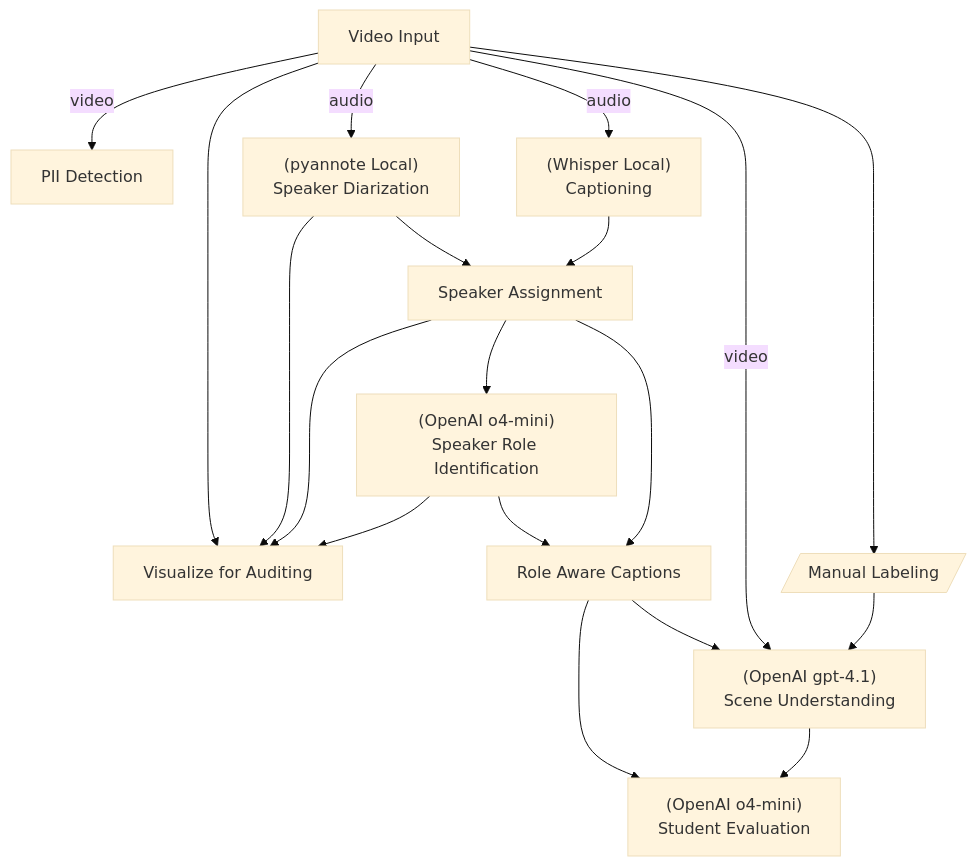
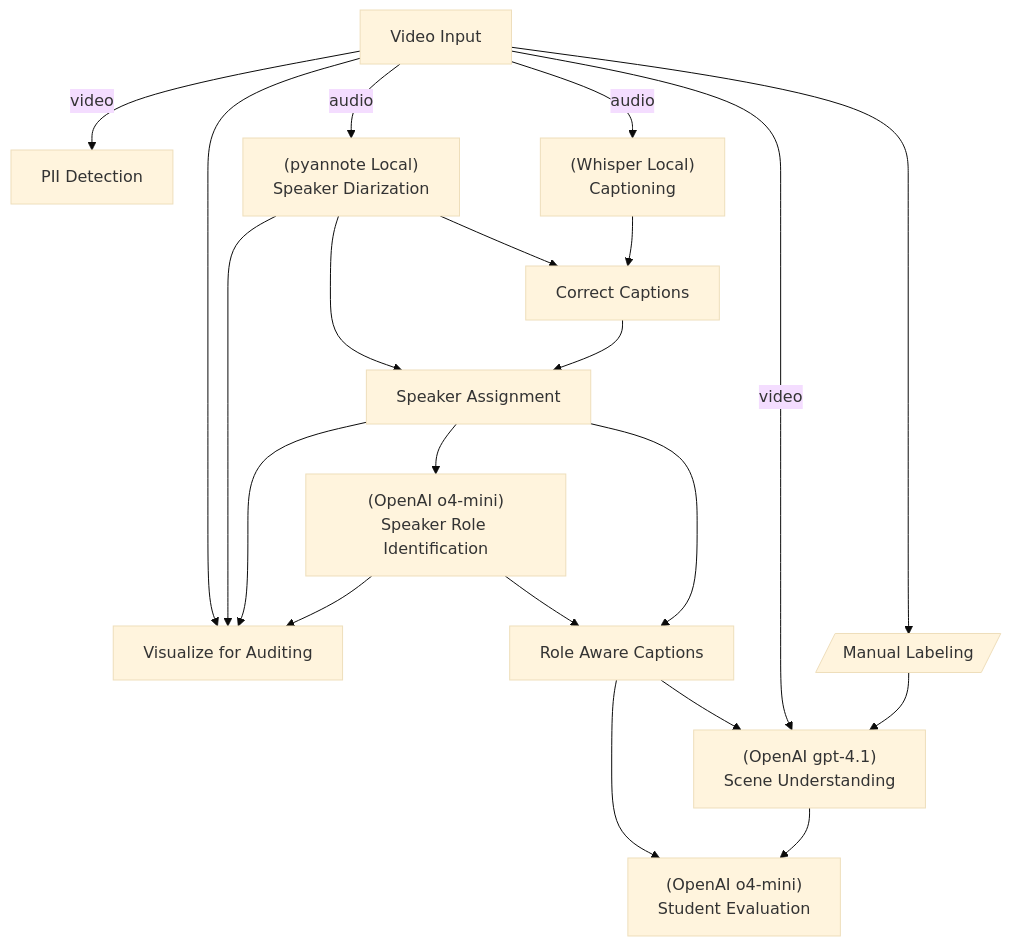
One commit to hirak99/video-summarizer changed the first of 3 diagrams in src/video_understanding/README.md. Above: the diagram before and after it, drawn with Mermaid (base theme). The commit also changed 5 other files, not shown here.

Commit message:
feat(video): correct for long incorrect silences from whisper

````diff
--- a/src/video_understanding/README.md
+++ b/src/video_understanding/README.md
@@ -13,22 +13,24 @@
 ```mermaid
 flowchart TD;
     A[Video Input]
     A -- video --> M[PII Detection]
     A --> I
-    C --> I[Visualize for Auditing]
+    Diarization --> I[Visualize for Auditing]
     D --> I
     F --> I
-    A -- audio --> C["(pyannote Local)<br>"Speaker Diarization]
-    A -- audio --> B["(Whisper Local)<br>"Captioning]
-    C --> D
-    B --> D[Speaker Assignment]
+    A -- audio --> Diarization["(pyannote Local)<br>"Speaker Diarization]
+    A -- audio --> Captioning["(Whisper Local)<br>"Captioning]
+    Diarization --> D
+    Diarization --> CorrectCaptions
+    Captioning --> CorrectCaptions[Correct Captions]
+    CorrectCaptions --> D[Speaker Assignment]
     D --> F["(OpenAI o4-mini)<br>"Speaker Role Identification];
     F --> K[Role Aware Captions]
     D --> K
     K --> L["(OpenAI o4-mini)<br>"Student Evaluation]
     A -- video --> N["(OpenAI gpt-4.1)<br>Scene Understanding"]
     A --> LABELS["Manual Labeling"] --> N
     K --> N
     N --> L
     LABELS@{ shape: lean-r}
 ```
````
